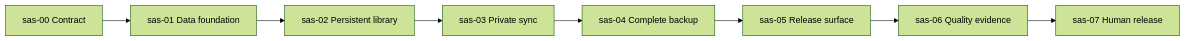
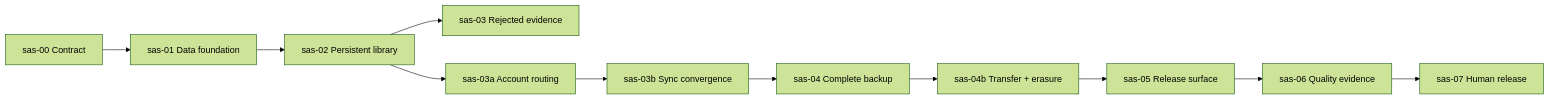
The diagram in docs/flywheel-runs/flash-app-store-v1/batch-plan.md (EbrahimAbdelwahed/flashapp), drawn with Mermaid (forest theme) before and after one commit. The commit also changed other lines of this file and 42 other files, not shown here.

````diff
--- a/docs/flywheel-runs/flash-app-store-v1/batch-plan.md
+++ b/docs/flywheel-runs/flash-app-store-v1/batch-plan.md
@@ -9,10 +10,13 @@
 ```mermaid
 flowchart LR
   A[sas-00 Contract] --> B[sas-01 Data foundation]
   B --> C[sas-02 Persistent library]
-  C --> D[sas-03 Private sync]
-  D --> E[sas-04 Complete backup]
-  E --> F[sas-05 Release surface]
-  F --> G[sas-06 Quality evidence]
+  C --> X[sas-03 Rejected evidence]
+  C --> D[sas-03a Account routing]
+  D --> E[sas-03b Sync convergence]
+  E --> F[sas-04 Complete backup]
+  F --> I[sas-04b Transfer + erasure]
+  I --> J[sas-05 Release surface]
+  J --> G[sas-06 Quality evidence]
   G --> H[sas-07 Human release]
 ```
````
